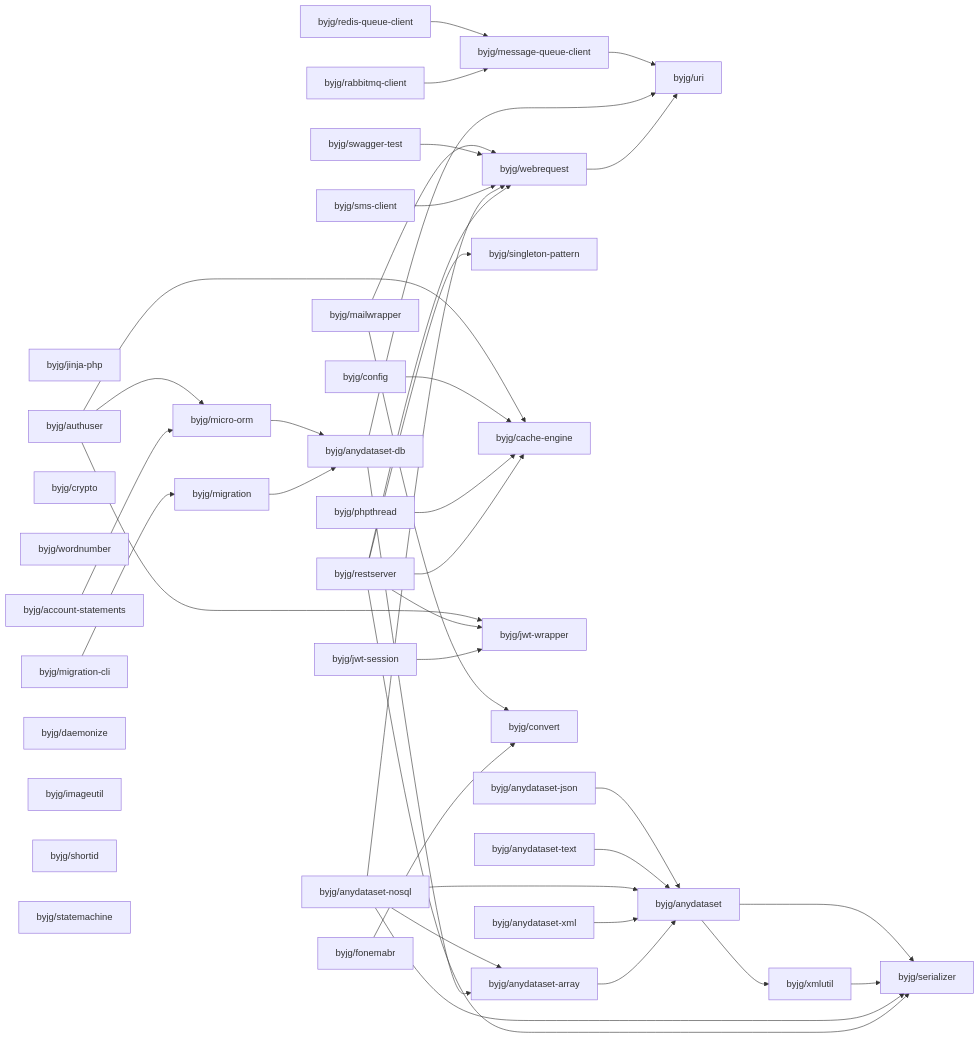
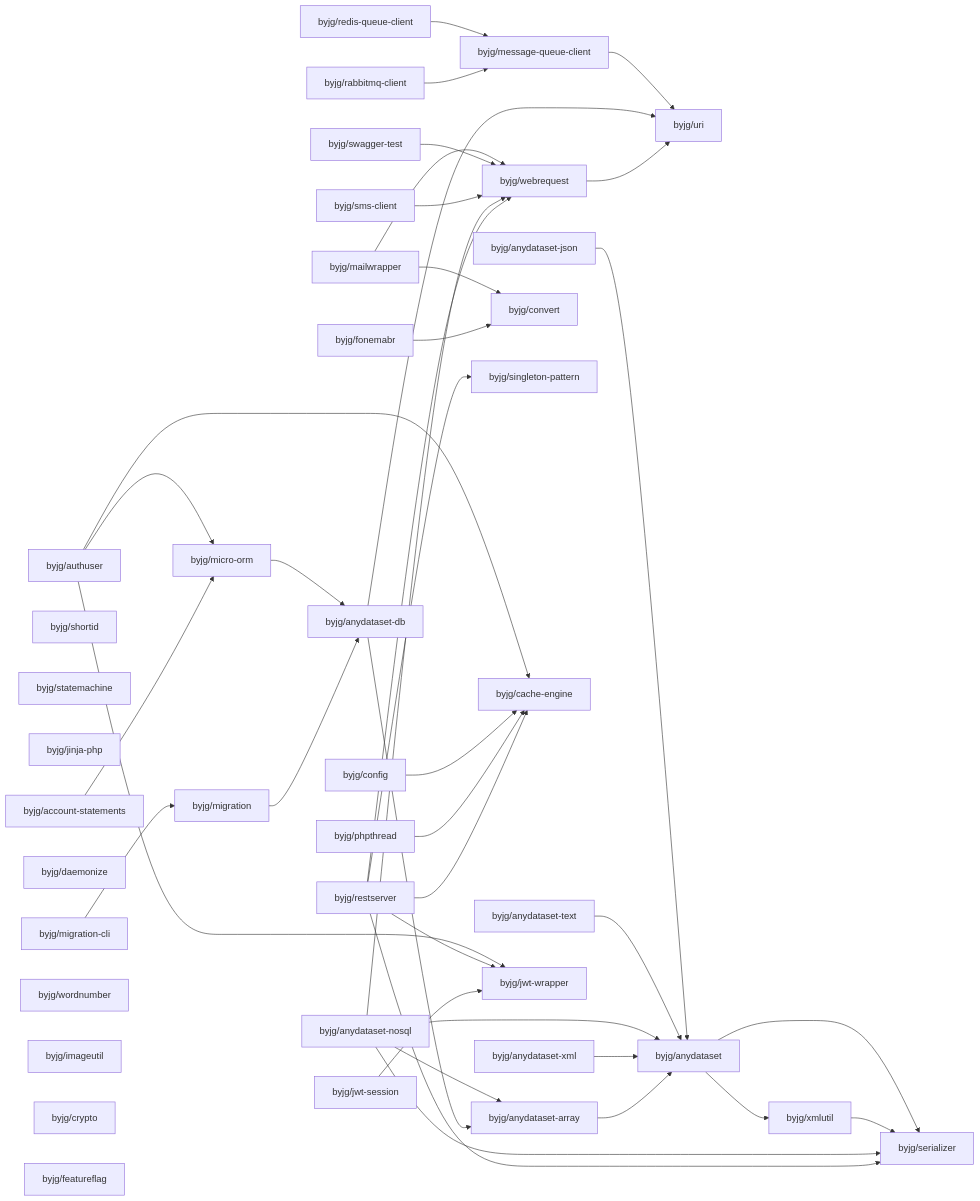
One commit to byjg/byjg.github.io changed the diagram in docs/php/README.md. Above: the diagram before and after it, drawn with Mermaid. The commit also changed 5 other files, not shown here.

Commit message:
Update documentation 'php' 'php-featureflag'

````diff
--- a/docs/php/README.md
+++ b/docs/php/README.md
@@ -3,78 +3,79 @@
 ```mermaid
 graph LR;
-  byjg/rabbitmq-client;
-  byjg/jinja-php;
-  byjg/authuser;
+  byjg/migration-cli;
   byjg/jwt-session;
-  byjg/phpthread;
   byjg/swagger-test;
   byjg/config;
-  byjg/anydataset-json;
-  byjg/crypto;
-  byjg/wordnumber;
-  byjg/account-statements;
-  byjg/sms-client;
-  byjg/migration-cli;
-  byjg/anydataset-text;
-  byjg/daemonize;
-  byjg/restserver;
-  byjg/imageutil;
+  byjg/redis-queue-client;
+  byjg/anydataset-nosql;
   byjg/shortid;
   byjg/anydataset-xml;
-  byjg/fonemabr;
-  byjg/anydataset-nosql;
+  byjg/sms-client;
   byjg/mailwrapper;
   byjg/statemachine;
-  byjg/redis-queue-client;
+  byjg/jinja-php;
+  byjg/account-statements;
+  byjg/rabbitmq-client;
+  byjg/daemonize;
+  byjg/authuser;
+  byjg/phpthread;
+  byjg/fonemabr;
+  byjg/wordnumber;
+  byjg/anydataset-json;
+  byjg/imageutil;
+  byjg/restserver;
+  byjg/crypto;
+  byjg/anydataset-text;
+  byjg/featureflag;
+  byjg/migration;
+  byjg/message-queue-client;
   byjg/micro-orm;
-  byjg/migration;
+  byjg/convert;
   byjg/singleton-pattern;
   byjg/cache-engine;
+  byjg/webrequest;
   byjg/jwt-wrapper;
-  byjg/convert;
-  byjg/webrequest;
-  byjg/message-queue-client;
   byjg/anydataset-db;
   byjg/anydataset-array;
   byjg/uri;
   byjg/anydataset;
   byjg/xmlutil;
   byjg/serializer;
   byjg/account-statements --> byjg/micro-orm;
   byjg/fonemabr --> byjg/convert;
   byjg/webrequest --> byjg/uri;
   byjg/anydataset-array --> byjg/anydataset;
   byjg/anydataset-xml --> byjg/anydataset;
   byjg/rabbitmq-client --> byjg/message-queue-client;
   byjg/redis-queue-client --> byjg/message-queue-client;
   byjg/jwt-session --> byjg/jwt-wrapper;
   byjg/anydataset-db --> byjg/anydataset-array;
   byjg/anydataset-db --> byjg/uri;
   byjg/restserver --> byjg/serializer;
   byjg/restserver --> byjg/singleton-pattern;
   byjg/restserver --> byjg/cache-engine;
   byjg/restserver --> byjg/webrequest;
   byjg/restserver --> byjg/jwt-wrapper;
   byjg/migration --> byjg/anydataset-db;
   byjg/anydataset-nosql --> byjg/anydataset;
   byjg/anydataset-nosql --> byjg/anydataset-array;
   byjg/anydataset-nosql --> byjg/serializer;
   byjg/anydataset-nosql --> byjg/webrequest;
   byjg/phpthread --> byjg/cache-engine;
   byjg/sms-client --> byjg/webrequest;
   byjg/swagger-test --> byjg/webrequest;
   byjg/migration-cli --> byjg/migration;
   byjg/config --> byjg/cache-engine;
   byjg/anydataset-text --> byjg/anydataset;
   byjg/micro-orm --> byjg/anydataset-db;
   byjg/authuser --> byjg/micro-orm;
   byjg/authuser --> byjg/cache-engine;
   byjg/authuser --> byjg/jwt-wrapper;
   byjg/anydataset-json --> byjg/anydataset;
   byjg/mailwrapper --> byjg/convert;
   byjg/mailwrapper --> byjg/webrequest;
   byjg/xmlutil --> byjg/serializer;
   byjg/anydataset --> byjg/serializer;
   byjg/anydataset --> byjg/xmlutil;
   byjg/message-queue-client --> byjg/uri;
 ```
````
